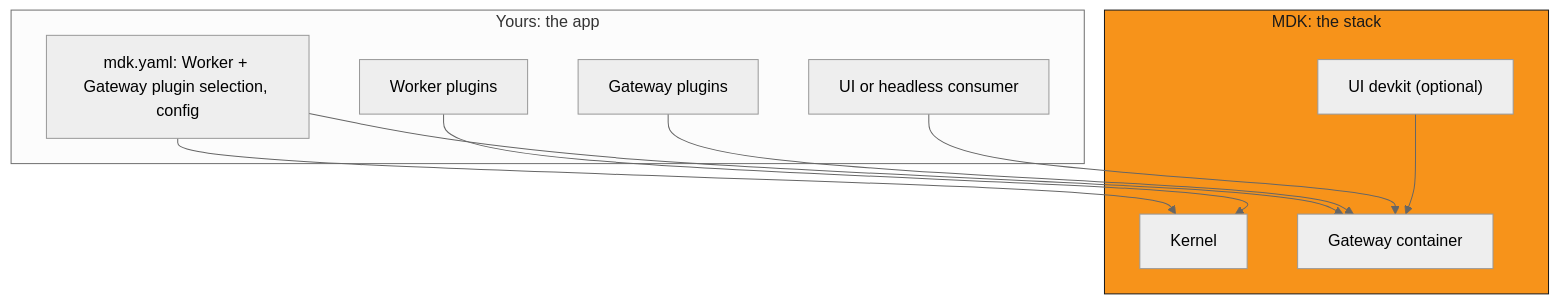
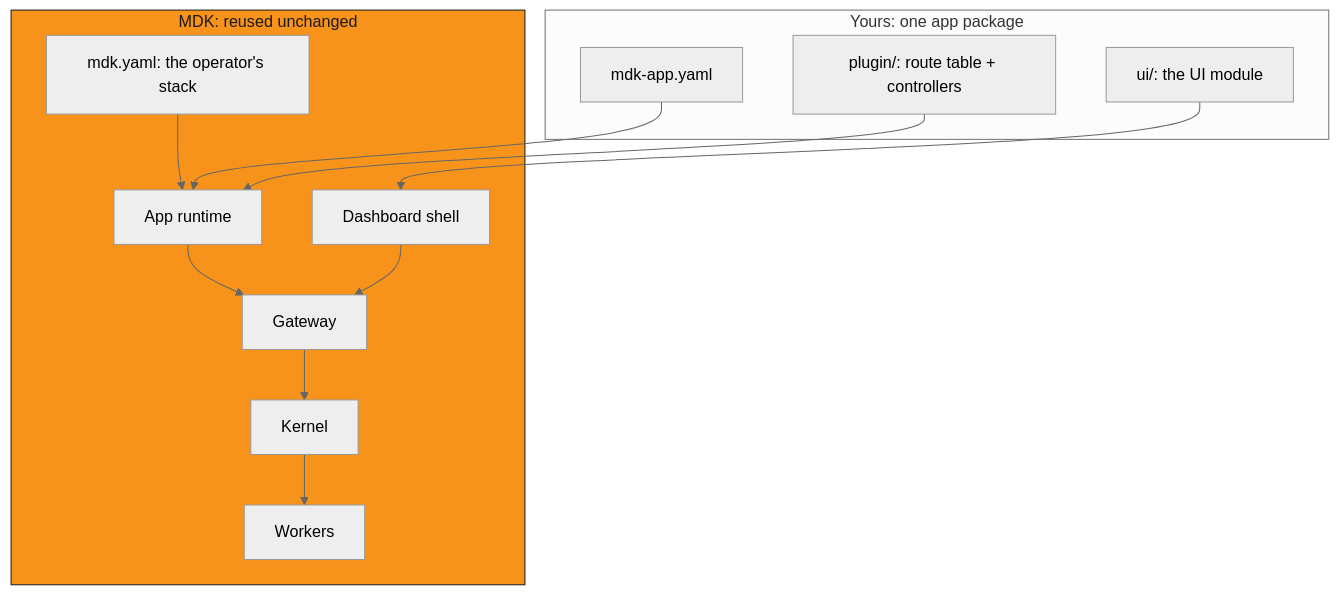
One commit to tekwani/mdk changed the diagram in docs/concepts/whats-an-app.md. Above: the diagram before and after it, drawn with Mermaid (neutral theme). The commit also changed other lines of this file and 236 other files, not shown here.

````diff
--- a/docs/concepts/whats-an-app.md
+++ b/docs/concepts/whats-an-app.md
@@ -14,24 +18,28 @@
 ```mermaid
 flowchart TB
-    subgraph reused ["MDK: the stack"]
+    subgraph reused ["MDK: reused unchanged"]
+        Spec["mdk.yaml: the operator's stack"]
         Kernel["Kernel"]
-        Gateway["Gateway container"]
-        Devkit["UI devkit (optional)"]
+        Gateway["Gateway"]
+        Runtime["App runtime"]
+        Workers["Workers"]
+        Shell["Dashboard shell"]
     end
 
-    subgraph yours ["Yours: the app"]
-        Spec["mdk.yaml: Worker + Gateway plugin selection, config"]
-        WP["Worker plugins"]
-        GP["Gateway plugins"]
-        UI["UI or headless consumer"]
+    subgraph yours ["Yours: one app package"]
+        Manifest["mdk-app.yaml"]
+        Plugin["plugin/: route table + controllers"]
+        AppUi["ui/: the UI module"]
     end
 
-    Spec --> Kernel
-    Spec --> Gateway
-    WP --> Kernel
-    GP --> Gateway
-    UI --> Gateway
-    Devkit --> Gateway
+    Spec --> Runtime
+    Manifest --> Runtime
+    Plugin --> Runtime
+    Runtime --> Gateway
+    Gateway --> Kernel
+    Kernel --> Workers
+    AppUi --> Shell
+    Shell --> Gateway
 
     style reused fill:#F7931A,stroke:#1A1A1A,color:#1A1A1A
 ```
````
